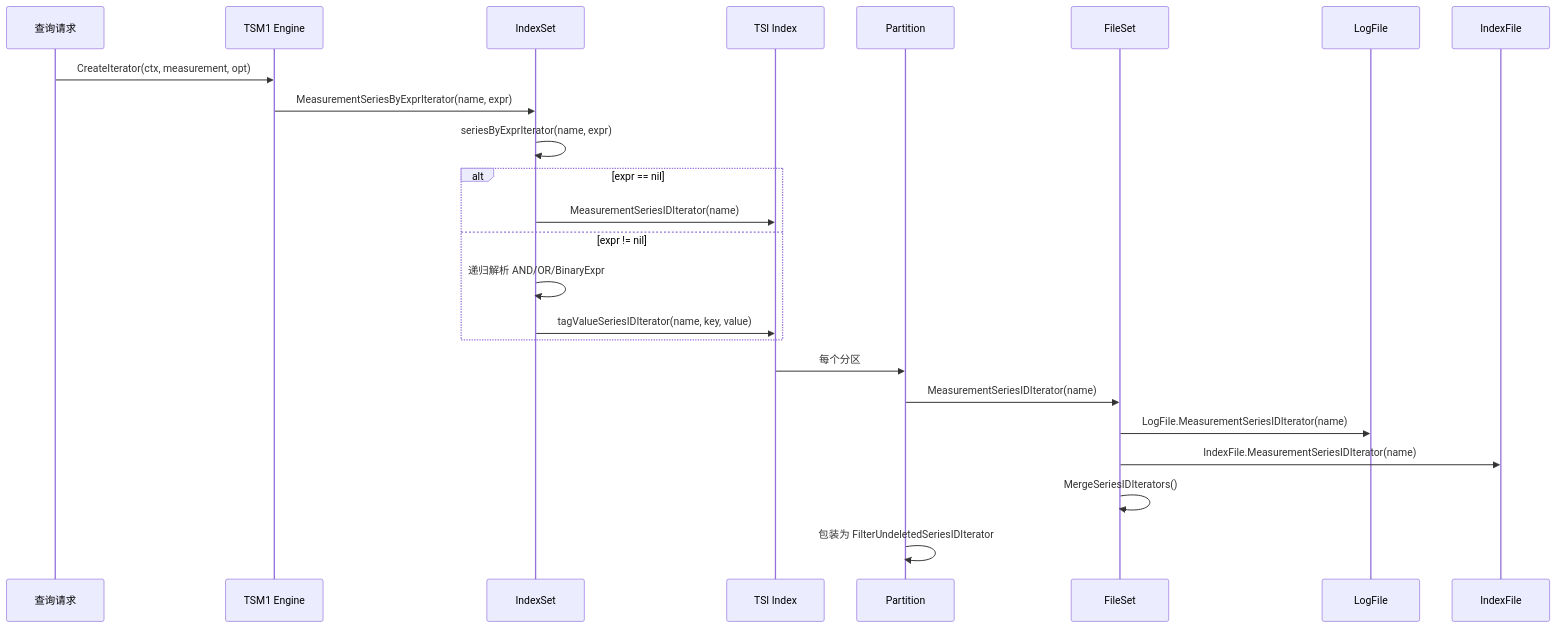
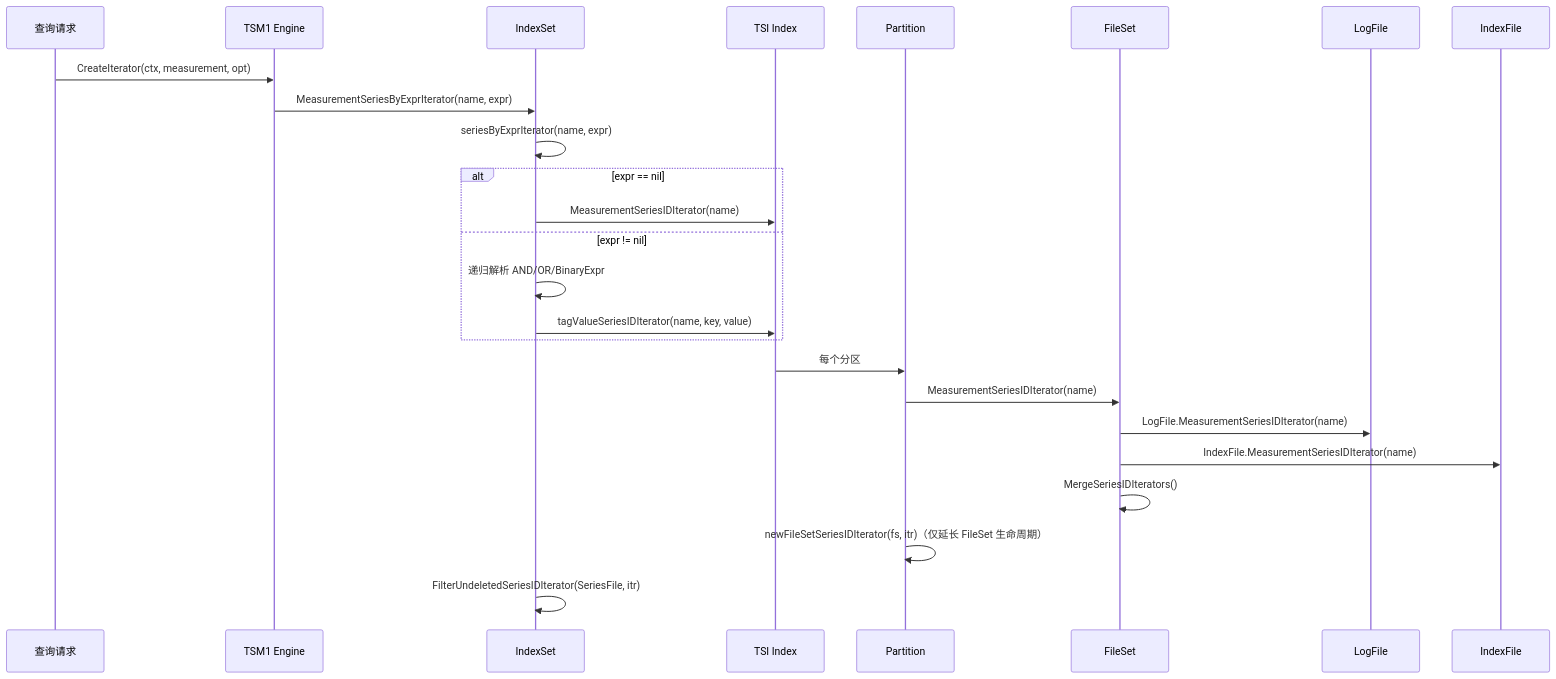
One commit to stefanv5/influxdb changed the fourth of 16 diagrams in docs/specs/02_index_system_spec.md. Above: the diagram before and after it, drawn with Mermaid. The commit also changed other lines of this file and 16 other files, not shown here.

First line of the commit message:
docs: correct and deepen the 17 architecture specs

````diff
--- a/docs/specs/02_index_system_spec.md
+++ b/docs/specs/02_index_system_spec.md
@@ -637,29 +903,30 @@
 ```mermaid
 sequenceDiagram
     participant Query as 查询请求
     participant Engine as TSM1 Engine
     participant Index as IndexSet
     participant TSI as TSI Index
     participant Partition as Partition
     participant FileSet as FileSet
     participant LogFile as LogFile
     participant IndexFile as IndexFile
 
     Query->>Engine: CreateIterator(ctx, measurement, opt)
     Engine->>Index: MeasurementSeriesByExprIterator(name, expr)
     Index->>Index: seriesByExprIterator(name, expr)
 
     alt expr == nil
         Index->>TSI: MeasurementSeriesIDIterator(name)
     else expr != nil
         Index->>Index: 递归解析 AND/OR/BinaryExpr
         Index->>TSI: tagValueSeriesIDIterator(name, key, value)
     end
 
     TSI->>Partition: 每个分区
     Partition->>FileSet: MeasurementSeriesIDIterator(name)
     FileSet->>LogFile: LogFile.MeasurementSeriesIDIterator(name)
     FileSet->>IndexFile: IndexFile.MeasurementSeriesIDIterator(name)
     FileSet->>FileSet: MergeSeriesIDIterators()
-    Partition->>Partition: 包装为 FilterUndeletedSeriesIDIterator
+    Partition->>Partition: newFileSetSeriesIDIterator(fs, itr)（仅延长 FileSet 生命周期）
+    Index->>Index: FilterUndeletedSeriesIDIterator(SeriesFile, itr)
 ```
````
